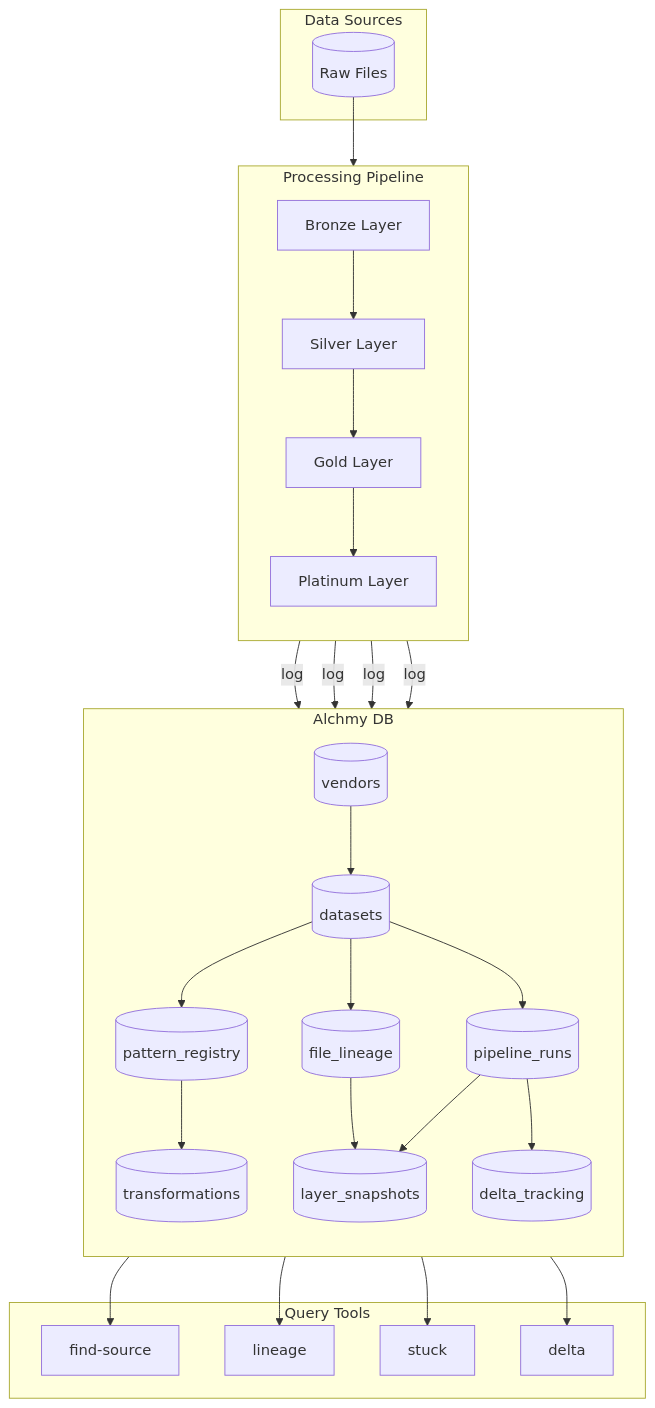
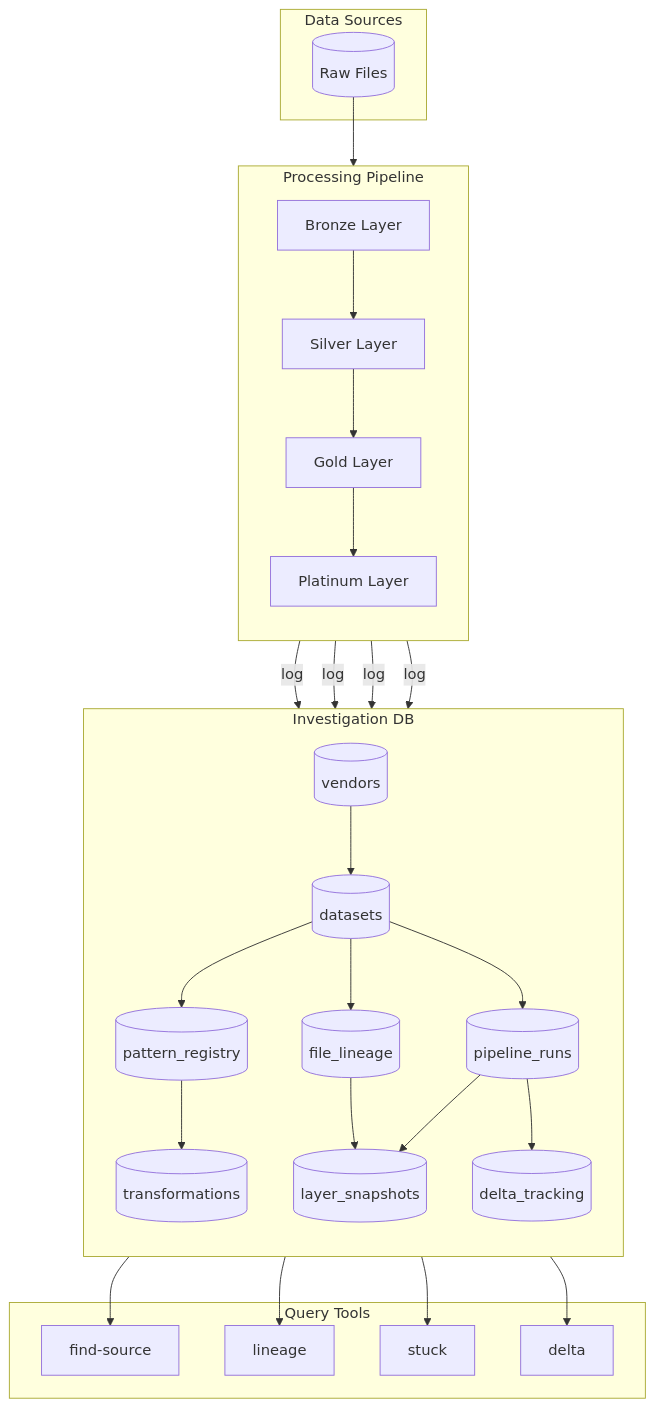
Before and after one commit to ThanuMahee12/AgentContext: the second of 5 diagrams in docs/ideas/investigation-db.md, drawn with Mermaid. The commit also changed other lines of this file, not shown here.

Commit message:
docs: clarify Investigation DB as standalone schema

````diff
--- a/docs/ideas/investigation-db.md
+++ b/docs/ideas/investigation-db.md
@@ -134,53 +136,53 @@
 ```mermaid
 flowchart TB
     subgraph Sources["Data Sources"]
         RAW[(Raw Files)]
     end
 
     subgraph Pipeline["Processing Pipeline"]
         direction TB
         B[Bronze Layer]
         S[Silver Layer]
         G[Gold Layer]
         P[Platinum Layer]
         RAW --> B --> S --> G --> P
     end
 
-    subgraph AlchmyDB["Alchmy DB"]
+    subgraph InvestigationDB["Investigation DB"]
         direction TB
         V[(vendors)]
         D[(datasets)]
         FL[(file_lineage)]
         PR[(pattern_registry)]
         TR[(transformations)]
         RN[(pipeline_runs)]
         LS[(layer_snapshots)]
         DT[(delta_tracking)]
 
         V --> D
         D --> FL
         D --> PR
         D --> RN
         PR --> TR
         FL --> LS
         RN --> LS
         RN --> DT
     end
 
     subgraph Queries["Query Tools"]
         Q1[find-source]
         Q2[lineage]
         Q3[stuck]
         Q4[delta]
     end
 
     B -->|"log"| FL
     S -->|"log"| FL
     G -->|"log"| FL
     P -->|"log"| FL
 
     FL --> Q1
     FL --> Q2
     FL --> Q3
     DT --> Q4
 ```
````
